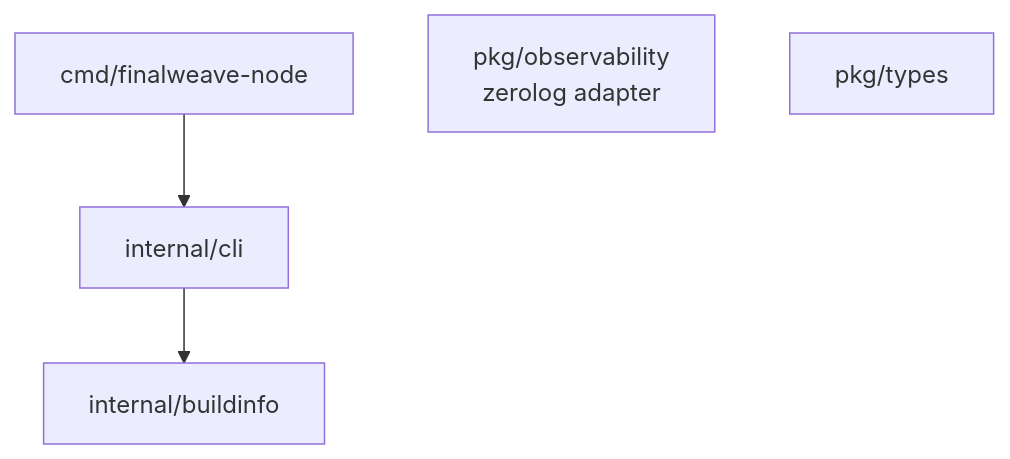
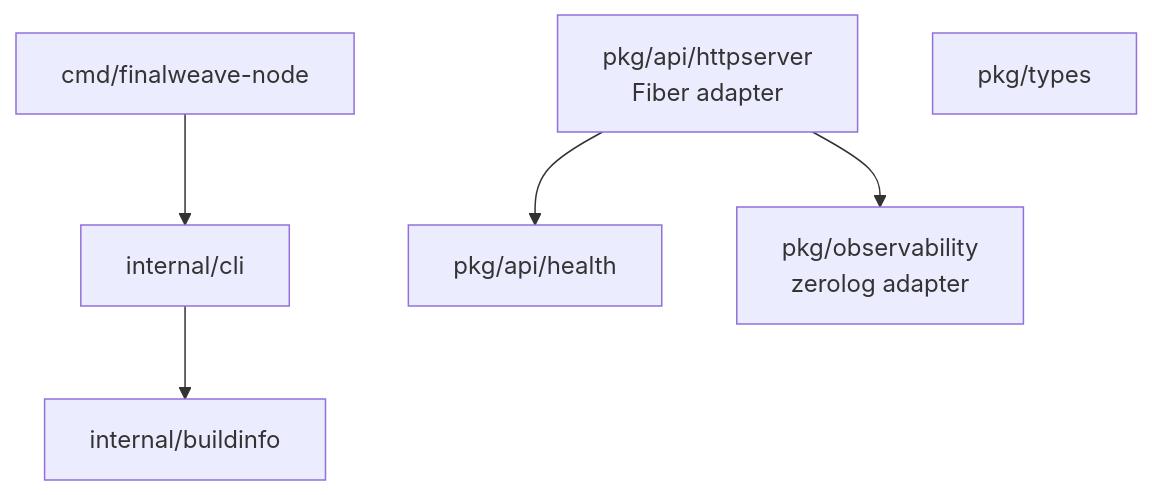
Before and after one commit to wowtrust/final-weave: the diagram in doc/07-code-architecture.md, drawn with Mermaid. The commit also changed other lines of this file and 7 other files, not shown here.

First line of the commit message:
feat(api): add Fiber operational HTTP adapter (#8)

````diff
--- a/doc/07-code-architecture.md
+++ b/doc/07-code-architecture.md
@@ -52,7 +56,9 @@
 ```mermaid
 flowchart TB
     CMD["cmd/finalweave-node"] --> CLI["internal/cli"]
     CLI --> BUILD["internal/buildinfo"]
+    HTTP["pkg/api/httpserver<br/>Fiber adapter"] --> HEALTH["pkg/api/health"]
+    HTTP --> OBS
     OBS["pkg/observability<br/>zerolog adapter"]
     TYPES["pkg/types"]
 ```
````
